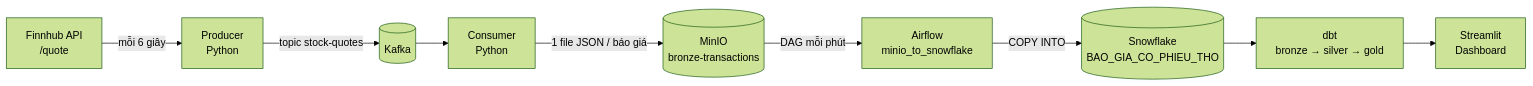
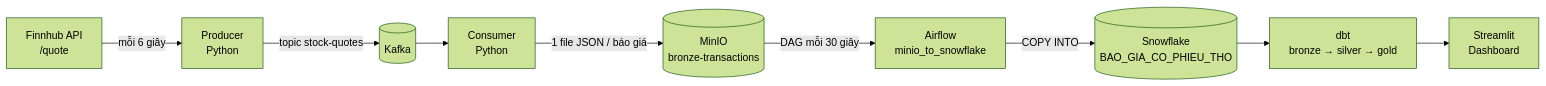
One commit to quoccuong233/stock_pipeline changed the diagram in README.md. Above: the diagram before and after it, drawn with Mermaid (forest theme). The commit also changed other lines of this file and 5 other files, not shown here.

````diff
--- a/README.md
+++ b/README.md
@@ -9,11 +9,11 @@
 ```mermaid
 flowchart LR
     A[Finnhub API<br/>/quote] -->|mỗi 6 giây| B[Producer<br/>Python]
     B -->|topic stock-quotes| C[(Kafka)]
     C --> D[Consumer<br/>Python]
     D -->|1 file JSON / báo giá| E[(MinIO<br/>bronze-transactions)]
-    E -->|DAG mỗi phút| F[Airflow<br/>minio_to_snowflake]
+    E -->|DAG mỗi 30 giây| F[Airflow<br/>minio_to_snowflake]
     F -->|COPY INTO| G[(Snowflake<br/>BAO_GIA_CO_PHIEU_THO)]
     G --> H[dbt<br/>bronze → silver → gold]
     H --> I[Streamlit<br/>Dashboard]
 ```
````
